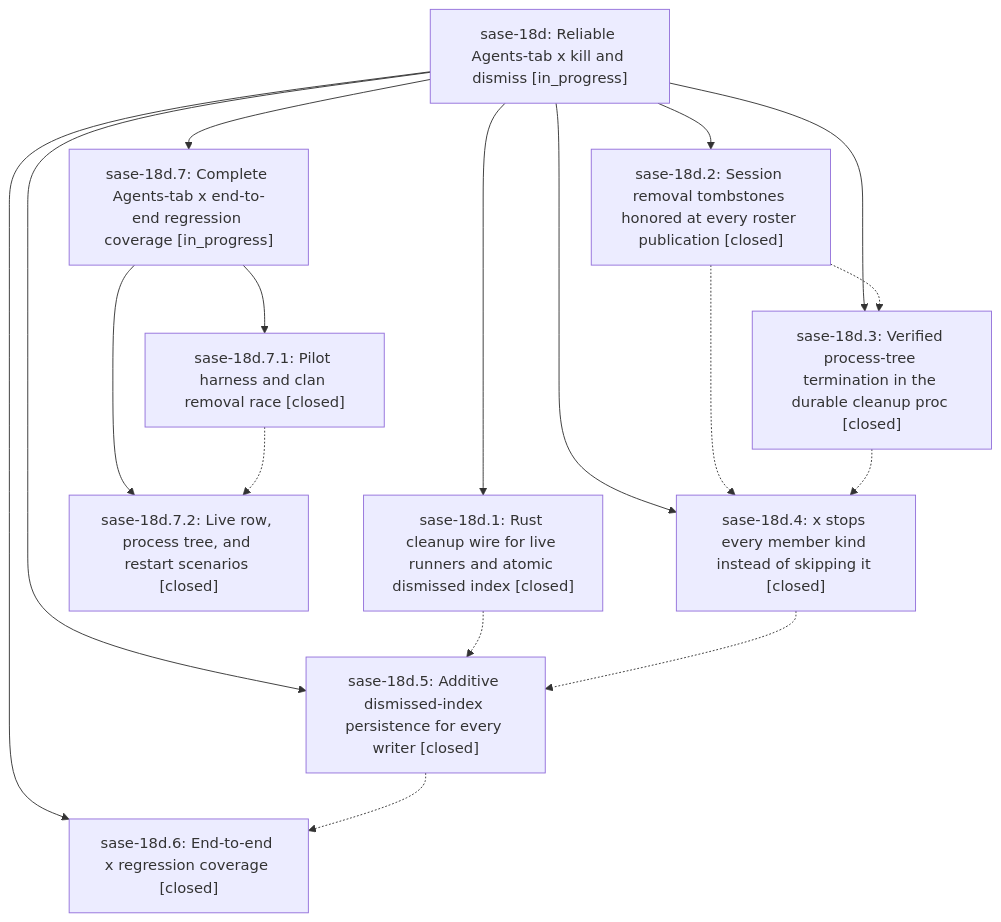
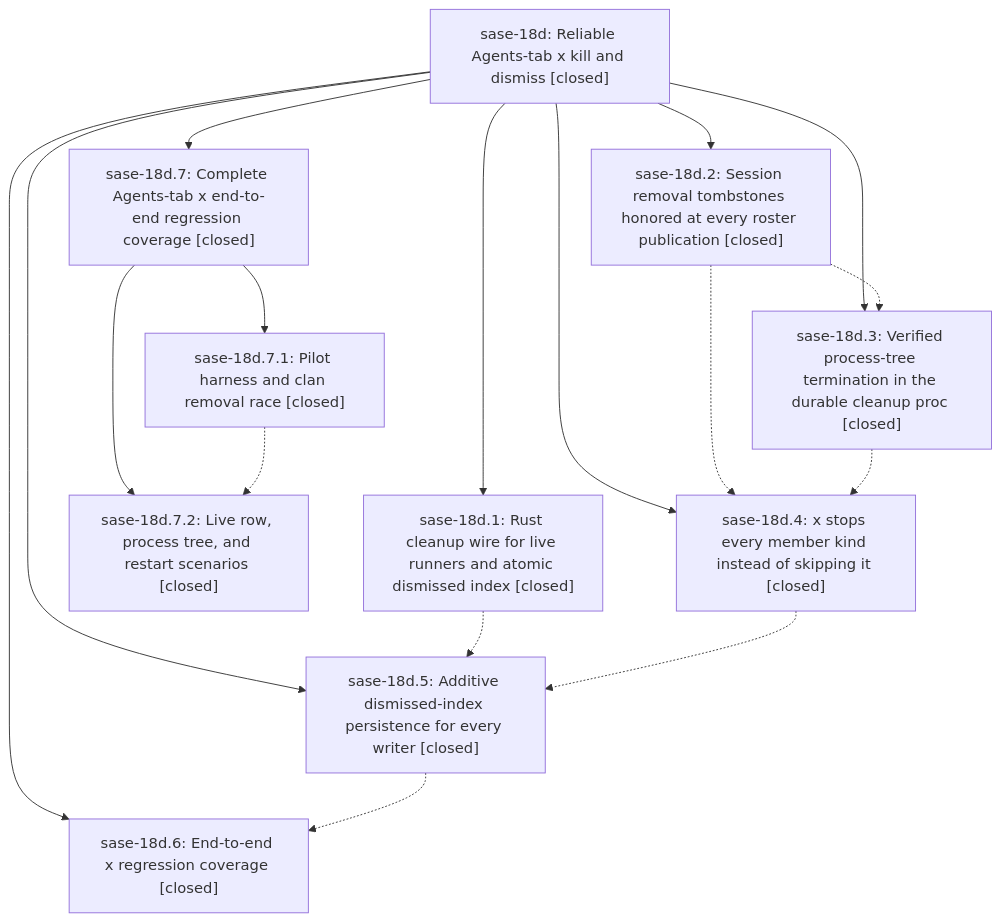
Before and after one commit to sase-org/sase--beads: the diagram in pages/sase-18d/README.md, drawn with Mermaid. The commit also changed other lines of this file and 2 other files, not shown here.

First line of the commit message:
chore(beads): sync bead state and pages for sase-18d

````diff
--- a/pages/sase-18d/README.md
+++ b/pages/sase-18d/README.md
@@ -33,29 +49,29 @@
 ```mermaid
 flowchart TD
-    n0["sase-18d: Reliable Agents-tab x kill and dismiss [in_progress]"]
+    n0["sase-18d: Reliable Agents-tab x kill and dismiss [closed]"]
     n1["sase-18d.1: Rust cleanup wire for live runners and atomic dismissed index [closed]"]
     n2["sase-18d.2: Session removal tombstones honored at every roster publication [closed]"]
     n3["sase-18d.3: Verified process-tree termination in the durable cleanup proc [closed]"]
     n4["sase-18d.4: x stops every member kind instead of skipping it [closed]"]
     n5["sase-18d.5: Additive dismissed-index persistence for every writer [closed]"]
     n6["sase-18d.6: End-to-end x regression coverage [closed]"]
-    n7["sase-18d.7: Complete Agents-tab x end-to-end regression coverage [in_progress]"]
+    n7["sase-18d.7: Complete Agents-tab x end-to-end regression coverage [closed]"]
     n8["sase-18d.7.1: Pilot harness and clan removal race [closed]"]
     n9["sase-18d.7.2: Live row, process tree, and restart scenarios [closed]"]
     n0 --> n1
     n0 --> n2
     n0 --> n3
     n0 --> n4
     n0 --> n5
     n0 --> n6
     n0 --> n7
     n7 --> n8
     n7 --> n9
     n1 -.-> n5
     n2 -.-> n3
     n2 -.-> n4
     n3 -.-> n4
     n4 -.-> n5
     n5 -.-> n6
     n8 -.-> n9
 ```
````
